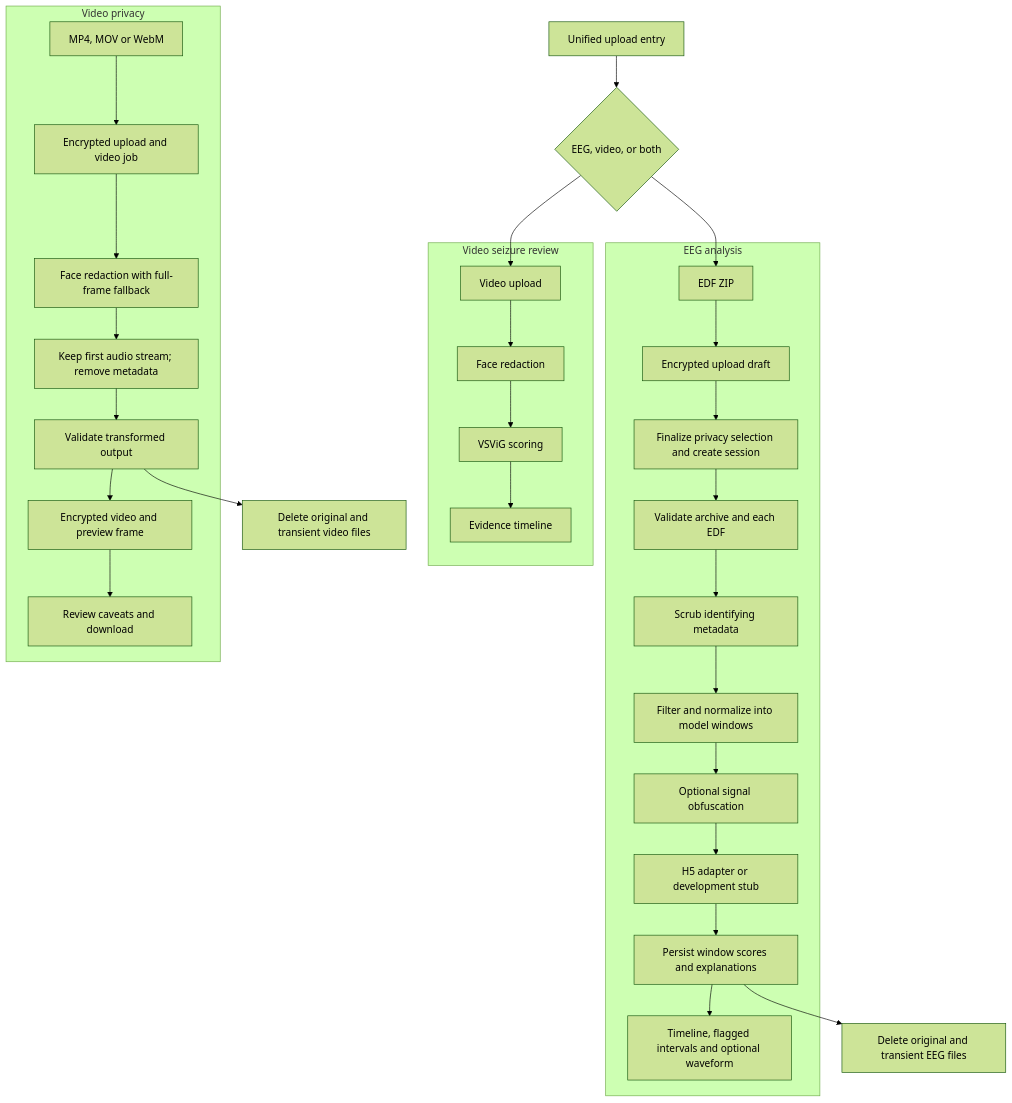
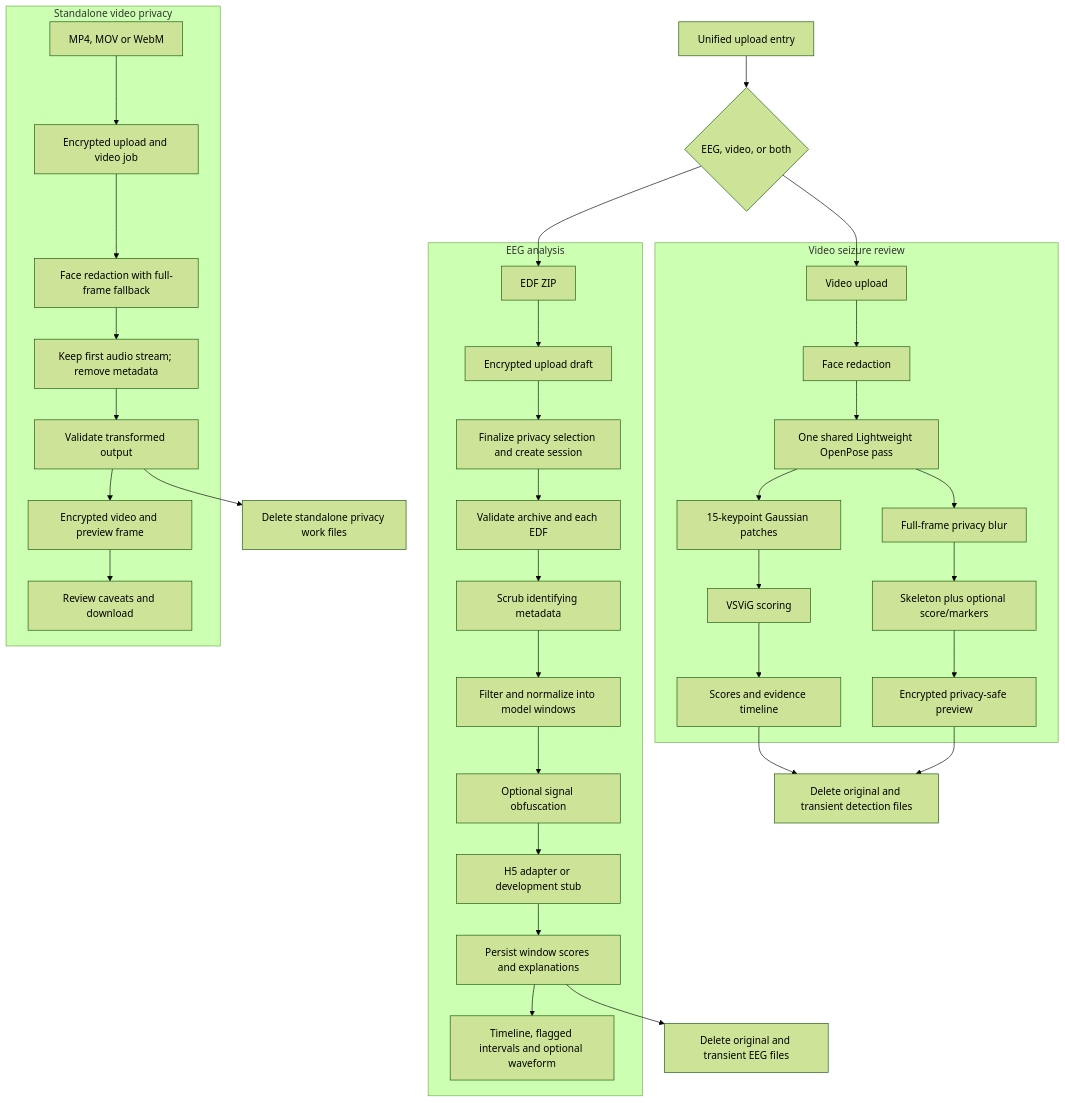
The third of 5 diagrams in docs/architecture.md (4ffaad/FYP-MDS01), drawn with Mermaid (forest theme) before and after one commit. The commit also changed other lines of this file and 108 other files, not shown here.

Commit message:
feat: harden privacy-preserving EEG and video pipeline

````diff
--- a/docs/architecture.md
+++ b/docs/architecture.md
@@ -48,32 +48,39 @@
 ```mermaid
 flowchart TB
     UploadEntry[Unified upload entry] --> Choose{EEG, video, or both}
     subgraph EEG[EEG analysis]
         ZIP[EDF ZIP] --> Draft[Encrypted upload draft]
         Draft --> Session[Finalize privacy selection and create session]
         Session --> Validate[Validate archive and each EDF]
         Validate --> Scrub[Scrub identifying metadata]
         Scrub --> Preprocess[Filter and normalize into model windows]
         Preprocess --> Privacy[Optional signal obfuscation]
         Privacy --> Inference[H5 adapter or development stub]
         Inference --> Scores[Persist window scores and explanations]
         Scores --> Review[Timeline, flagged intervals and optional waveform]
     end
     Choose --> ZIP
     subgraph Detection[Video seizure review]
         DetectionUpload[Video upload] --> DetectionPrivacy[Face redaction]
-        DetectionPrivacy --> DetectionModel[VSViG scoring]
-        DetectionModel --> DetectionReview[Evidence timeline]
+        DetectionPrivacy --> DetectionPose[One shared Lightweight OpenPose pass]
+        DetectionPose --> DetectionPatches[15-keypoint Gaussian patches]
+        DetectionPatches --> DetectionModel[VSViG scoring]
+        DetectionModel --> DetectionReview[Scores and evidence timeline]
+        DetectionPose --> DetectionMask[Full-frame privacy blur]
+        DetectionMask --> DetectionOverlay[Skeleton plus optional score/markers]
+        DetectionOverlay --> DetectionPreview[Encrypted privacy-safe preview]
     end
     Choose --> DetectionUpload
-    subgraph Video[Video privacy]
+    subgraph Video[Standalone video privacy]
         Upload[MP4, MOV or WebM] --> Job[Encrypted upload and video job]
         Job --> Transform[Face redaction with full-frame fallback]
         Transform --> Audio[Keep first audio stream; remove metadata]
         Audio --> Check[Validate transformed output]
         Check --> Output[Encrypted video and preview frame]
         Output --> Download[Review caveats and download]
     end
     Scores --> Cleanup[Delete original and transient EEG files]
-    Check --> VideoCleanup[Delete original and transient video files]
+    DetectionReview --> VideoCleanup[Delete original and transient detection files]
+    DetectionPreview --> VideoCleanup
+    Check --> VideoPrivacyCleanup[Delete standalone privacy work files]
 ```
````
